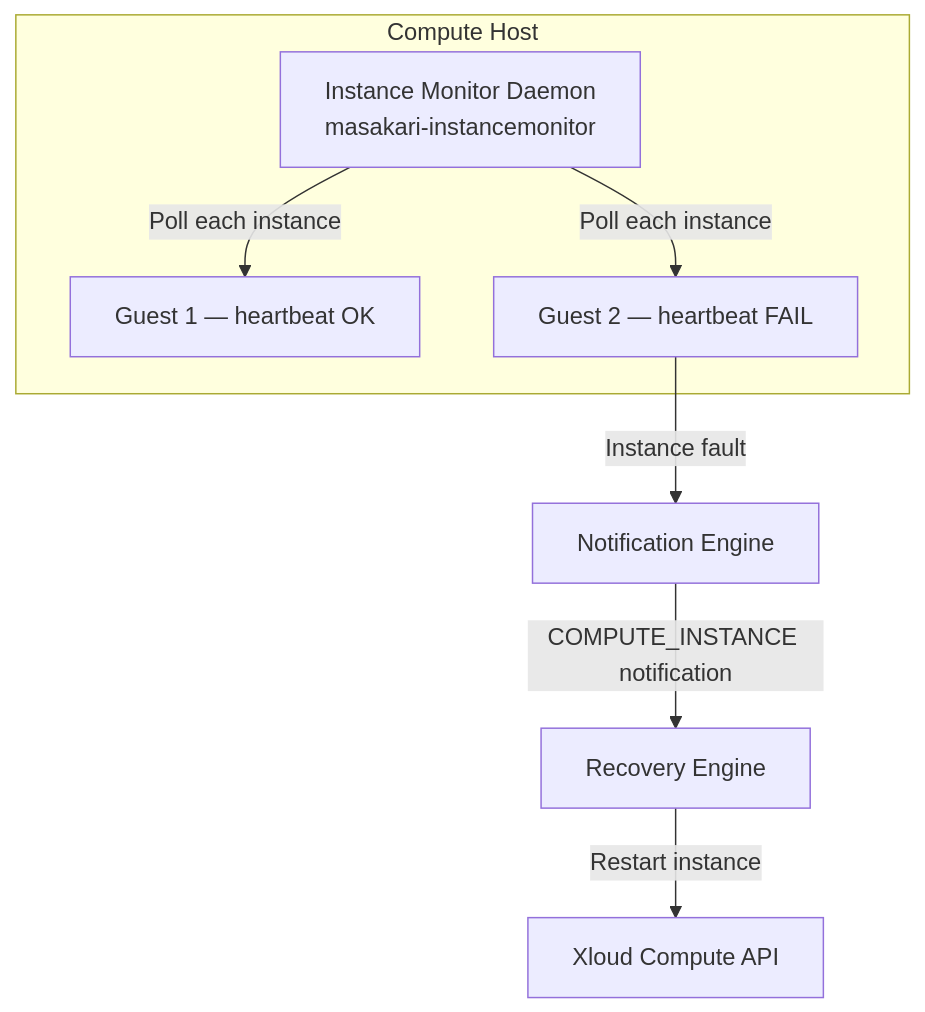
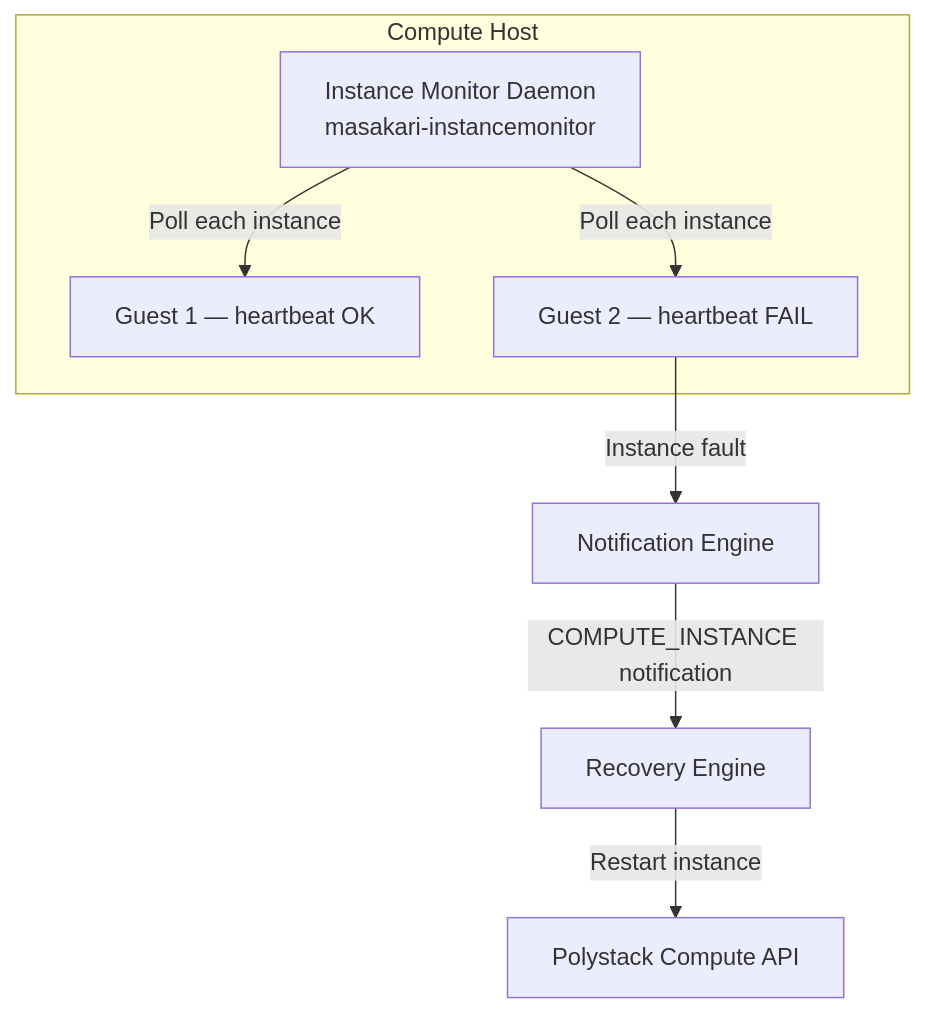
The diagram in services/instance-ha/admin-guide/instance-monitors.mdx (ankur-kumar87/docs-polystack), drawn with Mermaid before and after one commit. The commit also changed other lines of this file and 425 other files, not shown here.

````diff
--- a/services/instance-ha/admin-guide/instance-monitors.mdx
+++ b/services/instance-ha/admin-guide/instance-monitors.mdx
@@ -27,12 +27,12 @@
 ```mermaid
 graph TD
     subgraph Compute Host
         IM[Instance Monitor Daemon<br/>masakari-instancemonitor]
         IM -->|Poll each instance| G1[Guest 1 — heartbeat OK]
         IM -->|Poll each instance| G2[Guest 2 — heartbeat FAIL]
     end
 
     G2 -->|Instance fault| NE[Notification Engine]
     NE -->|COMPUTE_INSTANCE notification| RE[Recovery Engine]
-    RE -->|Restart instance| NOVA[Xloud Compute API]
+    RE -->|Restart instance| NOVA[Polystack Compute API]
 ```
````
